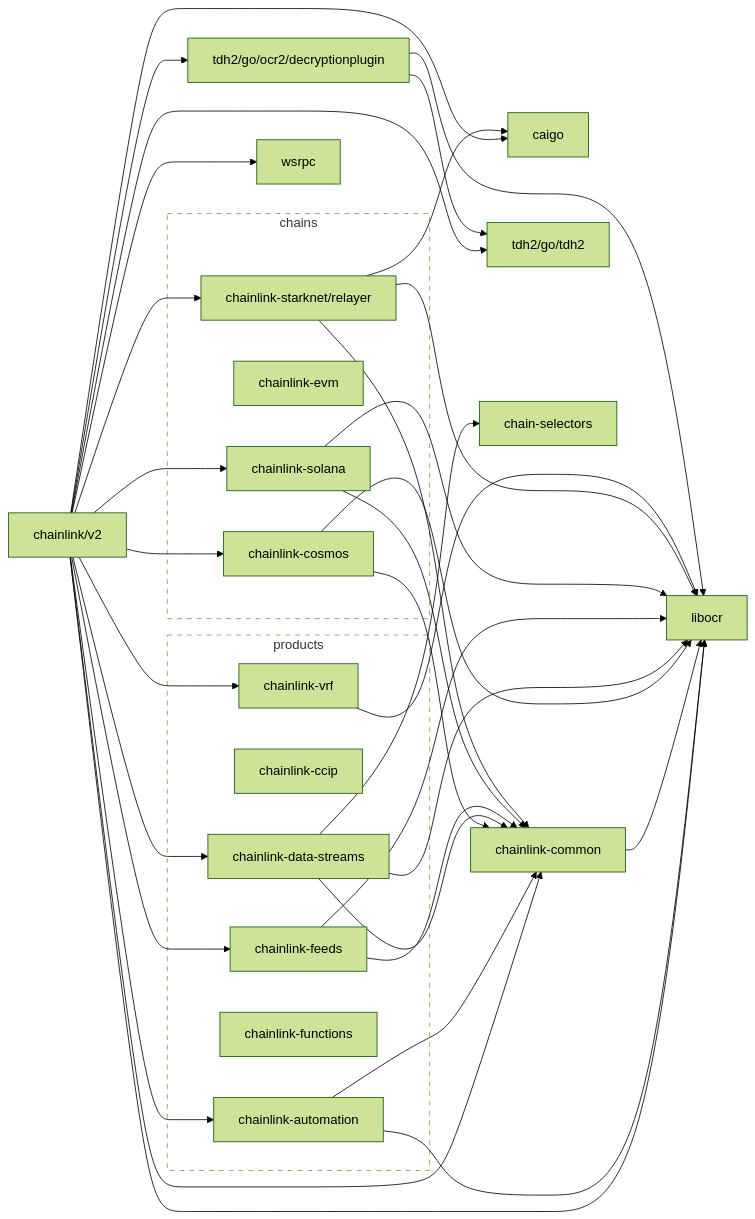
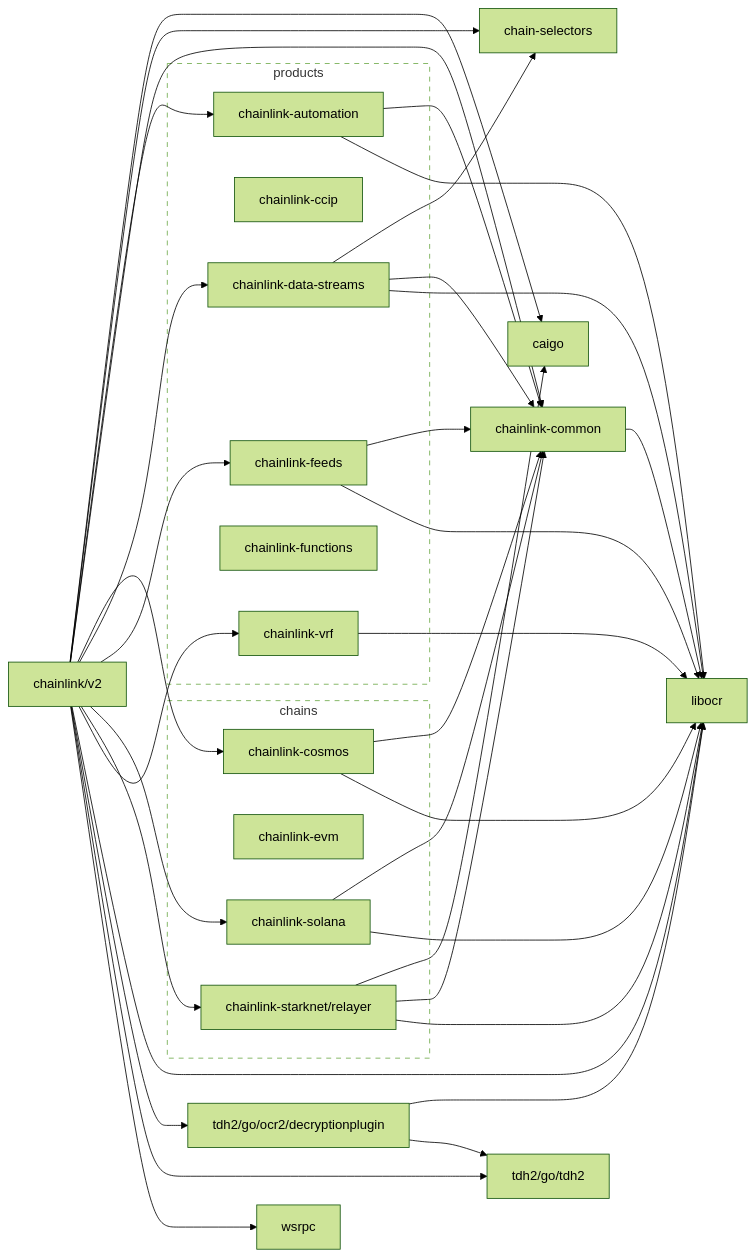
Before and after one commit to smartcontractkit/chainlink: the diagram in go.md, drawn with Mermaid (forest theme).

````diff
--- a/go.md
+++ b/go.md
@@ -2,67 +2,68 @@
 ```mermaid
 flowchart LR
   subgraph chains
     chainlink-cosmos
     chainlink-evm
     chainlink-solana
     chainlink-starknet/relayer
   end
 
   subgraph products
     chainlink-automation
     chainlink-ccip
     chainlink-data-streams
     chainlink-feeds
     chainlink-functions
     chainlink-vrf
   end
 
   classDef outline stroke-dasharray:6,fill:none;
   class chains,products outline
 
   chainlink/v2 --> caigo
   click caigo href "https://github.com/smartcontractkit/caigo"
+  chainlink/v2 --> chain-selectors
+  click chain-selectors href "https://github.com/smartcontractkit/chain-selectors"
   chainlink/v2 --> chainlink-automation
   click chainlink-automation href "https://github.com/smartcontractkit/chainlink-automation"
   chainlink/v2 --> chainlink-common
   click chainlink-common href "https://github.com/smartcontractkit/chainlink-common"
   chainlink/v2 --> chainlink-cosmos
   click chainlink-cosmos href "https://github.com/smartcontractkit/chainlink-cosmos"
   chainlink/v2 --> chainlink-data-streams
   click chainlink-data-streams href "https://github.com/smartcontractkit/chainlink-data-streams"
   chainlink/v2 --> chainlink-feeds
   click chainlink-feeds href "https://github.com/smartcontractkit/chainlink-feeds"
   chainlink/v2 --> chainlink-solana
   click chainlink-solana href "https://github.com/smartcontractkit/chainlink-solana"
   chainlink/v2 --> chainlink-starknet/relayer
   click chainlink-starknet/relayer href "https://github.com/smartcontractkit/chainlink-starknet"
   chainlink/v2 --> chainlink-vrf
   click chainlink-vrf href "https://github.com/smartcontractkit/chainlink-vrf"
   chainlink/v2 --> libocr
   click libocr href "https://github.com/smartcontractkit/libocr"
   chainlink/v2 --> tdh2/go/ocr2/decryptionplugin
   click tdh2/go/ocr2/decryptionplugin href "https://github.com/smartcontractkit/tdh2"
   chainlink/v2 --> tdh2/go/tdh2
   click tdh2/go/tdh2 href "https://github.com/smartcontractkit/tdh2"
   chainlink/v2 --> wsrpc
   click wsrpc href "https://github.com/smartcontractkit/wsrpc"
   chainlink-automation --> chainlink-common
   chainlink-automation --> libocr
   chainlink-common --> libocr
   chainlink-cosmos --> chainlink-common
   chainlink-cosmos --> libocr
   chainlink-data-streams --> chain-selectors
-  click chain-selectors href "https://github.com/smartcontractkit/chain-selectors"
   chainlink-data-streams --> chainlink-common
   chainlink-data-streams --> libocr
   chainlink-feeds --> chainlink-common
   chainlink-feeds --> libocr
   chainlink-solana --> chainlink-common
   chainlink-solana --> libocr
   chainlink-starknet/relayer --> caigo
   chainlink-starknet/relayer --> chainlink-common
   chainlink-starknet/relayer --> libocr
   chainlink-vrf --> libocr
   tdh2/go/ocr2/decryptionplugin --> libocr
   tdh2/go/ocr2/decryptionplugin --> tdh2/go/tdh2
 ```
````
